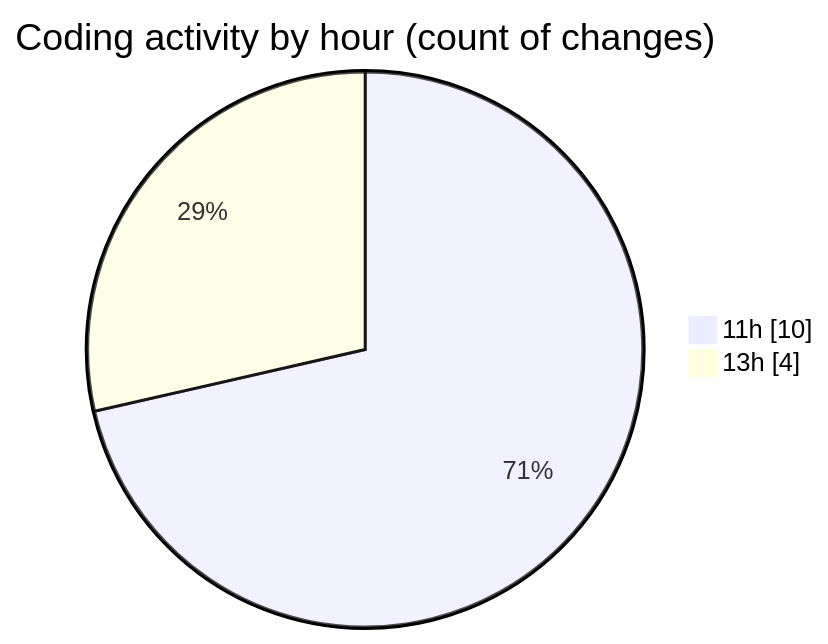
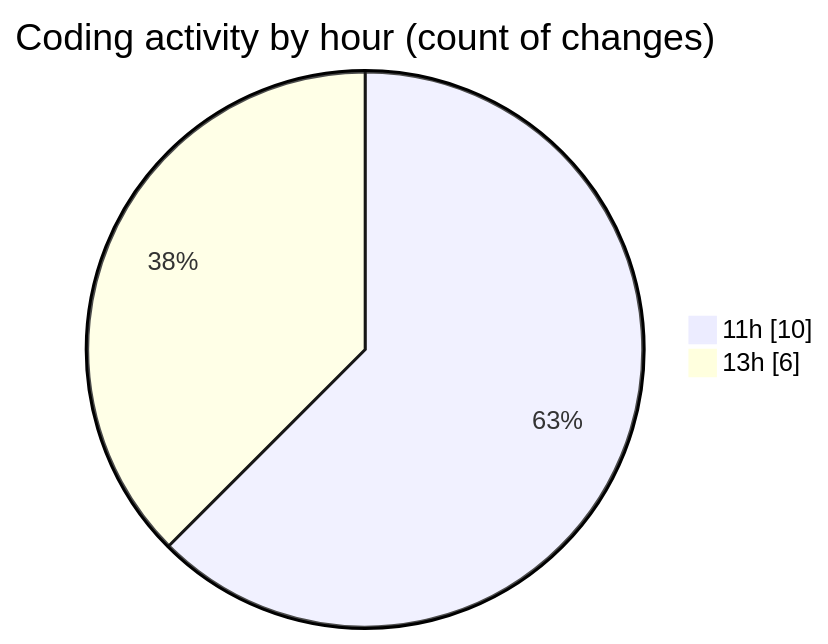
The second of 2 diagrams in 2026-02-12/nxtqube_webapp/README.md (nxtqubesakshisongat/code-tracking), drawn with Mermaid before and after one commit. The commit also changed other lines of this file and 1 other file, not shown here.

````diff
--- a/2026-02-12/nxtqube_webapp/README.md
+++ b/2026-02-12/nxtqube_webapp/README.md
@@ -32,6 +32,6 @@
 ```mermaid
 pie showData
 title Coding activity by hour (count of changes)
 "11h" : 10
-"13h" : 4
+"13h" : 6
 ```
````
